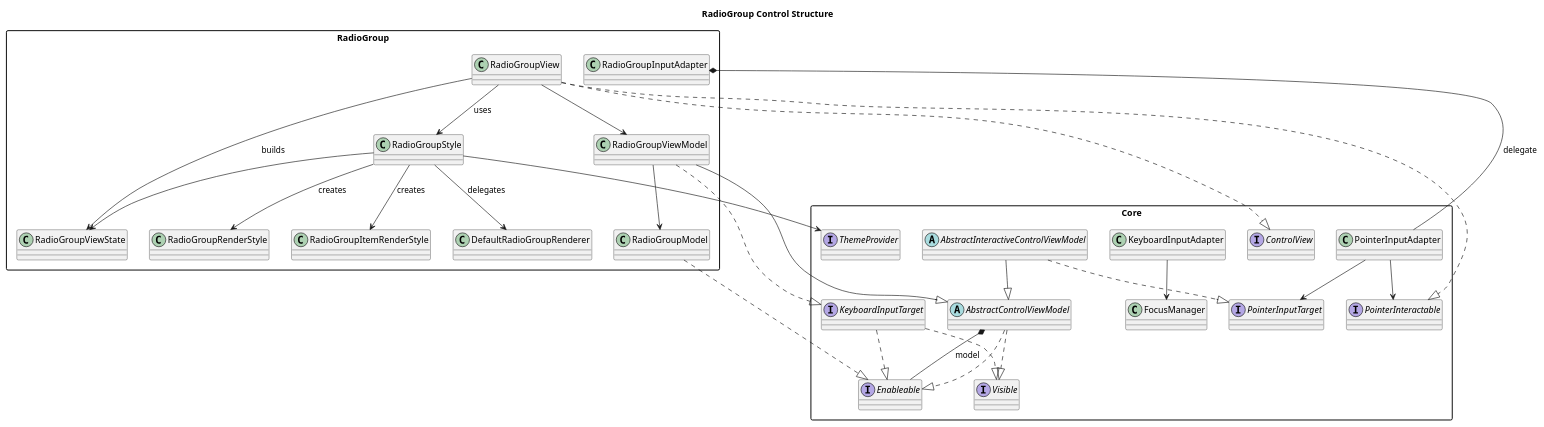
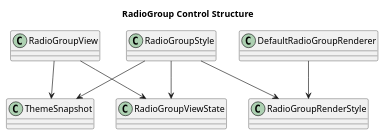
One commit to cdpoloz/cpz-mvvm-processing-controls changed the diagram in docs/uml/control_radiogroup.puml. Above: the diagram before and after it, drawn with PlantUML. The commit also changed 53 other files, not shown here.

```diff
--- a/docs/uml/control_radiogroup.puml
+++ b/docs/uml/control_radiogroup.puml
@@ -1,58 +1,19 @@
 @startuml
 title RadioGroup Control Structure
 skinparam packageStyle rectangle
 skinparam shadowing false
 
-package "Core" {
-  interface Enableable
-  interface Visible
-  interface ControlView
-  interface PointerInputTarget
-  interface PointerInteractable
-  interface KeyboardInputTarget
-  abstract class AbstractControlViewModel
-  abstract class AbstractInteractiveControlViewModel
-  class PointerInputAdapter
-  class KeyboardInputAdapter
-  class FocusManager
-  interface ThemeProvider
-}
+class RadioGroupView
+class RadioGroupViewState
+class RadioGroupStyle
+class RadioGroupRenderStyle
+class DefaultRadioGroupRenderer
+class ThemeSnapshot
 
-package "RadioGroup" {
-  class RadioGroupModel
-  class RadioGroupViewModel
-  class RadioGroupView
-  class RadioGroupInputAdapter
-  class RadioGroupViewState
-  class RadioGroupStyle
-  class RadioGroupRenderStyle
-  class RadioGroupItemRenderStyle
-  class DefaultRadioGroupRenderer
-}
-
-AbstractControlViewModel ..|> Visible
-AbstractControlViewModel ..|> Enableable
-AbstractInteractiveControlViewModel --|> AbstractControlViewModel
-AbstractInteractiveControlViewModel ..|> PointerInputTarget
-KeyboardInputTarget ..|> Visible
-KeyboardInputTarget ..|> Enableable
-RadioGroupModel ..|> Enableable
-RadioGroupViewModel --|> AbstractControlViewModel
-RadioGroupViewModel ..|> KeyboardInputTarget
-RadioGroupView ..|> ControlView
-RadioGroupView ..|> PointerInteractable
-AbstractControlViewModel *-- Enableable : model
-RadioGroupViewModel --> RadioGroupModel
-RadioGroupView --> RadioGroupViewModel
-RadioGroupView --> RadioGroupViewState : builds
-RadioGroupView --> RadioGroupStyle : uses
+RadioGroupView --> RadioGroupViewState
+RadioGroupView --> ThemeSnapshot
 RadioGroupStyle --> RadioGroupViewState
-RadioGroupStyle --> RadioGroupRenderStyle : creates
-RadioGroupStyle --> RadioGroupItemRenderStyle : creates
-RadioGroupStyle --> DefaultRadioGroupRenderer : delegates
-RadioGroupStyle --> ThemeProvider
-PointerInputAdapter --> PointerInteractable
-PointerInputAdapter --> PointerInputTarget
-KeyboardInputAdapter --> FocusManager
-RadioGroupInputAdapter *-- PointerInputAdapter : delegate
+RadioGroupStyle --> ThemeSnapshot
+RadioGroupStyle --> RadioGroupRenderStyle
+DefaultRadioGroupRenderer --> RadioGroupRenderStyle
 @enduml
```
